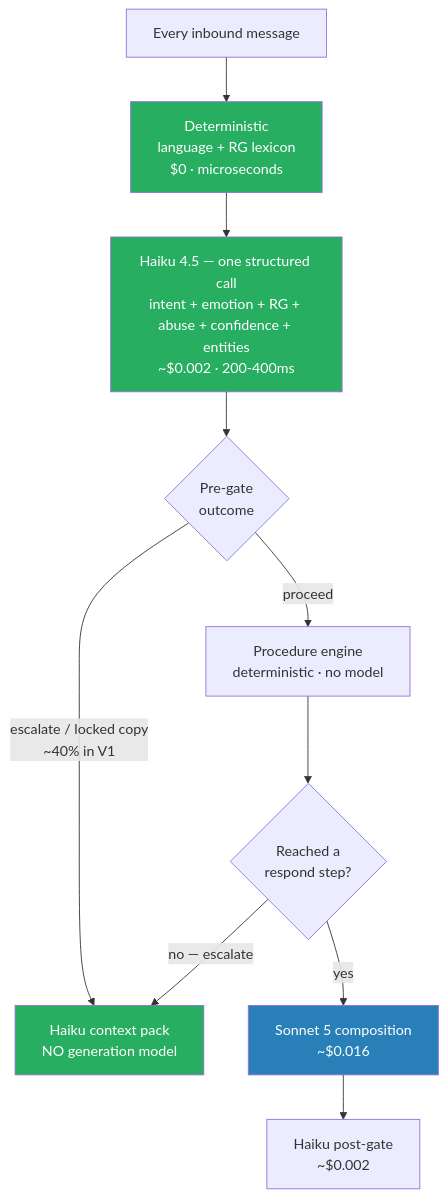
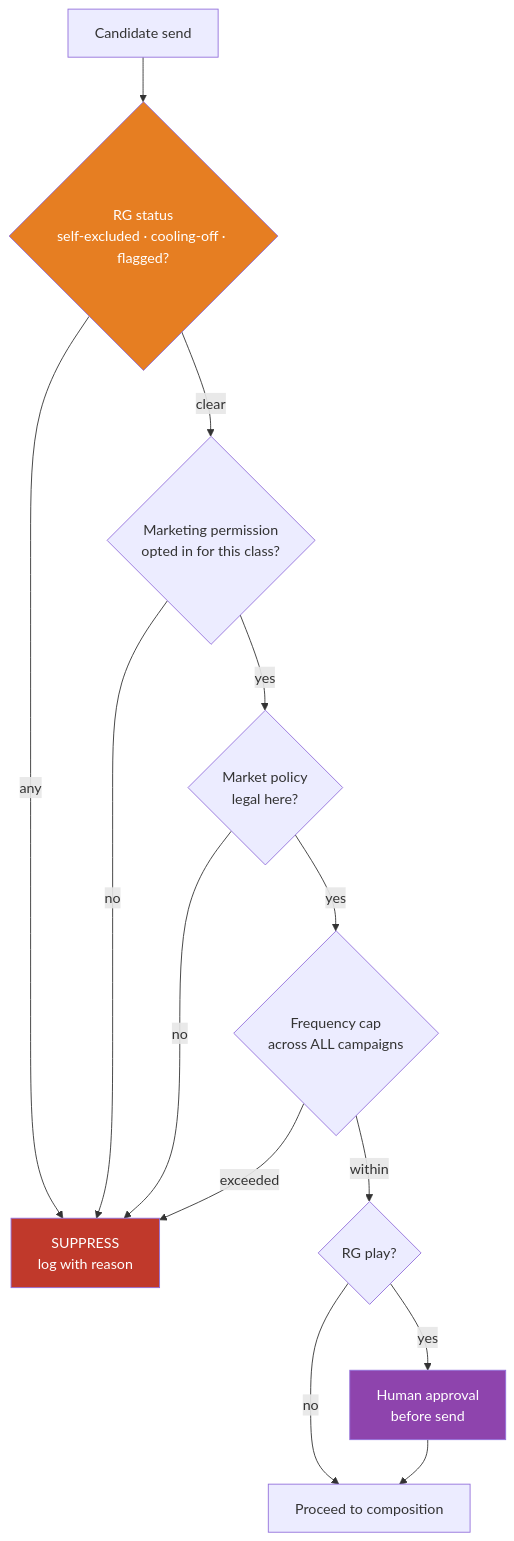
One commit to sdannuri/iGamingAgent changed diagram 11 of 13 in Design.md. Above: the diagram before and after it, drawn with Mermaid. The commit also changed other lines of this file, not shown here.

````diff
--- a/Design.md
+++ b/Design.md
@@ -465,19 +1274,18 @@
 ```mermaid
 graph TB
-    IN["Every inbound message"] --> DET["Deterministic<br/>language + RG lexicon<br/>$0 · microseconds"]
-    DET --> HAIKU["Haiku 4.5 — one structured call<br/>intent + emotion + RG + abuse + confidence + entities<br/>~$0.002 · 200-400ms"]
-
-    HAIKU --> GATE{"Pre-gate<br/>outcome"}
-    GATE -->|"escalate / locked copy<br/>~40% in V1"| CHEAP["Haiku context pack<br/>NO generation model"]
-    GATE -->|"proceed"| ENG["Procedure engine<br/>deterministic · no model"]
-
-    ENG --> RESP{"Reached a<br/>respond step?"}
-    RESP -->|"no — escalate"| CHEAP
-    RESP -->|"yes"| SONNET["Sonnet 5 composition<br/>~$0.016"]
-    SONNET --> POST["Haiku post-gate<br/>~$0.002"]
-
-    style HAIKU fill:#27ae60,color:#fff
-    style DET fill:#27ae60,color:#fff
-    style CHEAP fill:#27ae60,color:#fff
-    style SONNET fill:#2980b9,color:#fff
+    C["Candidate send"] --> S1{"RG status<br/>self-excluded · cooling-off · flagged?"}
+    S1 -->|any| BLK["SUPPRESS<br/>log with reason"]
+    S1 -->|clear| S2{"Marketing permission<br/>opted in for this class?"}
+    S2 -->|no| BLK
+    S2 -->|yes| S3{"Market policy<br/>legal here?"}
+    S3 -->|no| BLK
+    S3 -->|yes| S4{"Frequency cap<br/>across ALL campaigns"}
+    S4 -->|exceeded| BLK
+    S4 -->|within| S5{"RG play?"}
+    S5 -->|yes| HUM["Human approval<br/>before send"]
+    S5 -->|no| GO["Proceed to composition"]
+    HUM --> GO
+    style BLK fill:#c0392b,color:#fff
+    style S1 fill:#e67e22,color:#fff
+    style HUM fill:#8e44ad,color:#fff
 ```
````
